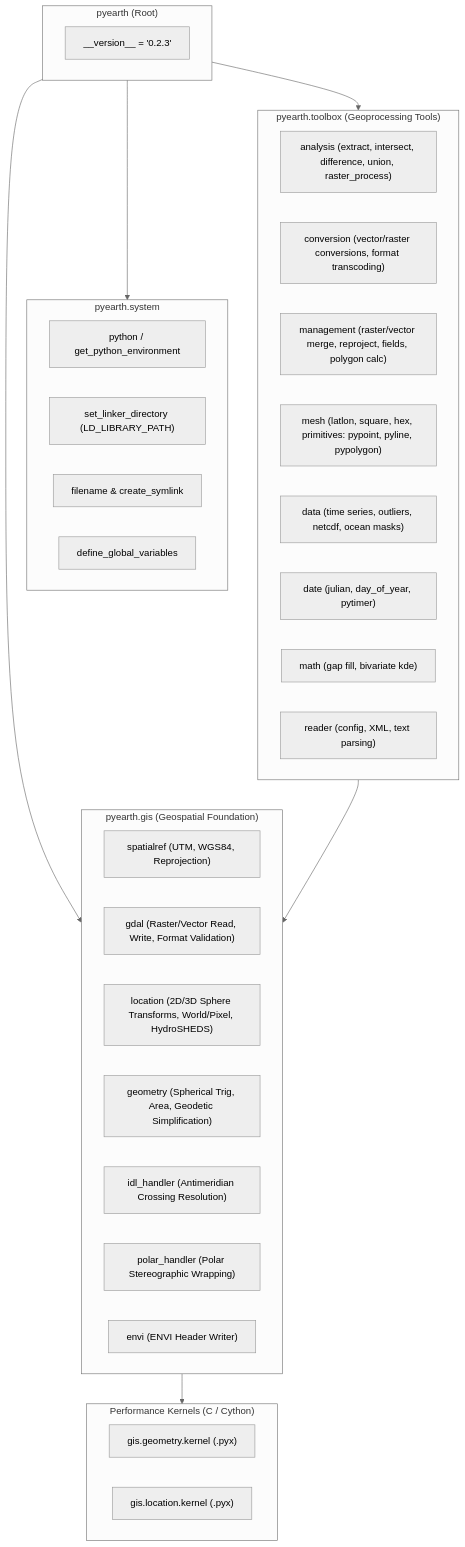
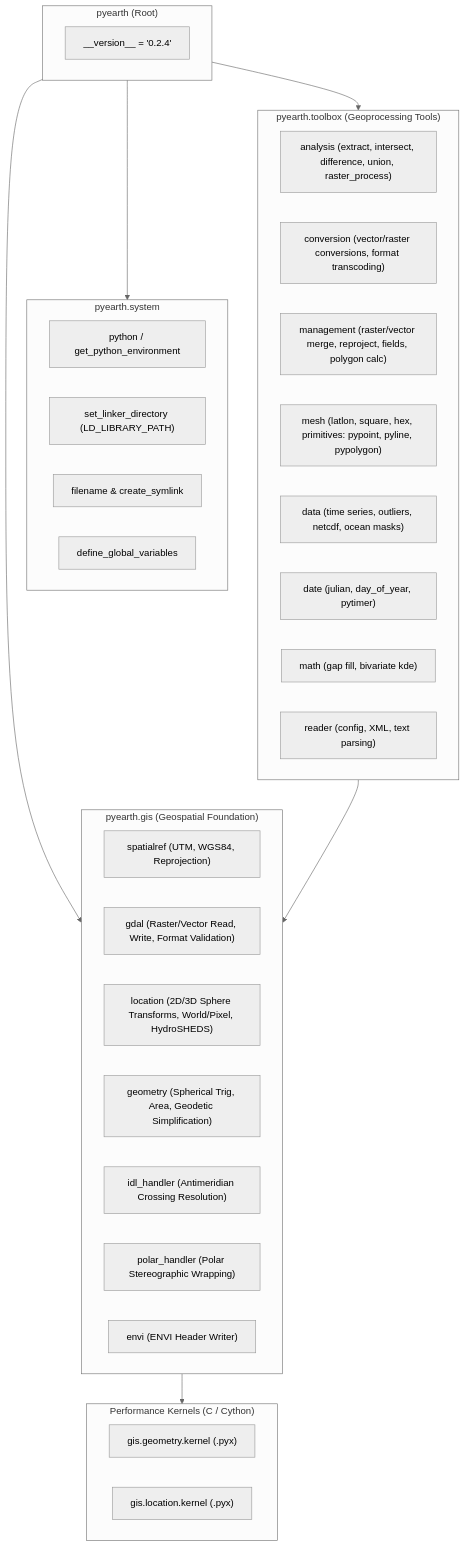
One commit to changliao1025/pyearth changed the diagram in docs/ARCHITECTURE.md. Above: the diagram before and after it, drawn with Mermaid (neutral theme). The commit also changed other lines of this file and 5 other files, not shown here.

````diff
--- a/docs/ARCHITECTURE.md
+++ b/docs/ARCHITECTURE.md
@@ -34,45 +34,45 @@
 ```mermaid
 flowchart TD
     subgraph Core ["pyearth (Root)"]
-        Init["__version__ = '0.2.3'"]
+        Init["__version__ = '0.2.4'"]
     end
 
     subgraph System ["pyearth.system"]
         Env["python / get_python_environment"]
         Linker["set_linker_directory (LD_LIBRARY_PATH)"]
         FileSys["filename & create_symlink"]
         Globals["define_global_variables"]
     end
 
     subgraph GIS ["pyearth.gis (Geospatial Foundation)"]
         SpatialRef["spatialref (UTM, WGS84, Reprojection)"]
         GDAL_IO["gdal (Raster/Vector Read, Write, Format Validation)"]
         Location["location (2D/3D Sphere Transforms, World/Pixel, HydroSHEDS)"]
         Geometry["geometry (Spherical Trig, Area, Geodetic Simplification)"]
         IDL["idl_handler (Antimeridian Crossing Resolution)"]
         Polar["polar_handler (Polar Stereographic Wrapping)"]
         Envi["envi (ENVI Header Writer)"]
     end
 
     subgraph Toolbox ["pyearth.toolbox (Geoprocessing Tools)"]
         Analysis["analysis (extract, intersect, difference, union, raster_process)"]
         Conversion["conversion (vector/raster conversions, format transcoding)"]
         Management["management (raster/vector merge, reproject, fields, polygon calc)"]
         Mesh["mesh (latlon, square, hex, primitives: pypoint, pyline, pypolygon)"]
         Data["data (time series, outliers, netcdf, ocean masks)"]
         Date["date (julian, day_of_year, pytimer)"]
         Math["math (gap fill, bivariate kde)"]
         Reader["reader (config, XML, text parsing)"]
     end
 
     subgraph Hardware ["Performance Kernels (C / Cython)"]
         GeomKernel["gis.geometry.kernel (.pyx)"]
         LocKernel["gis.location.kernel (.pyx)"]
     end
 
     Core --> System
     Core --> GIS
     Core --> Toolbox
     GIS --> Hardware
     Toolbox --> GIS
 ```
````
